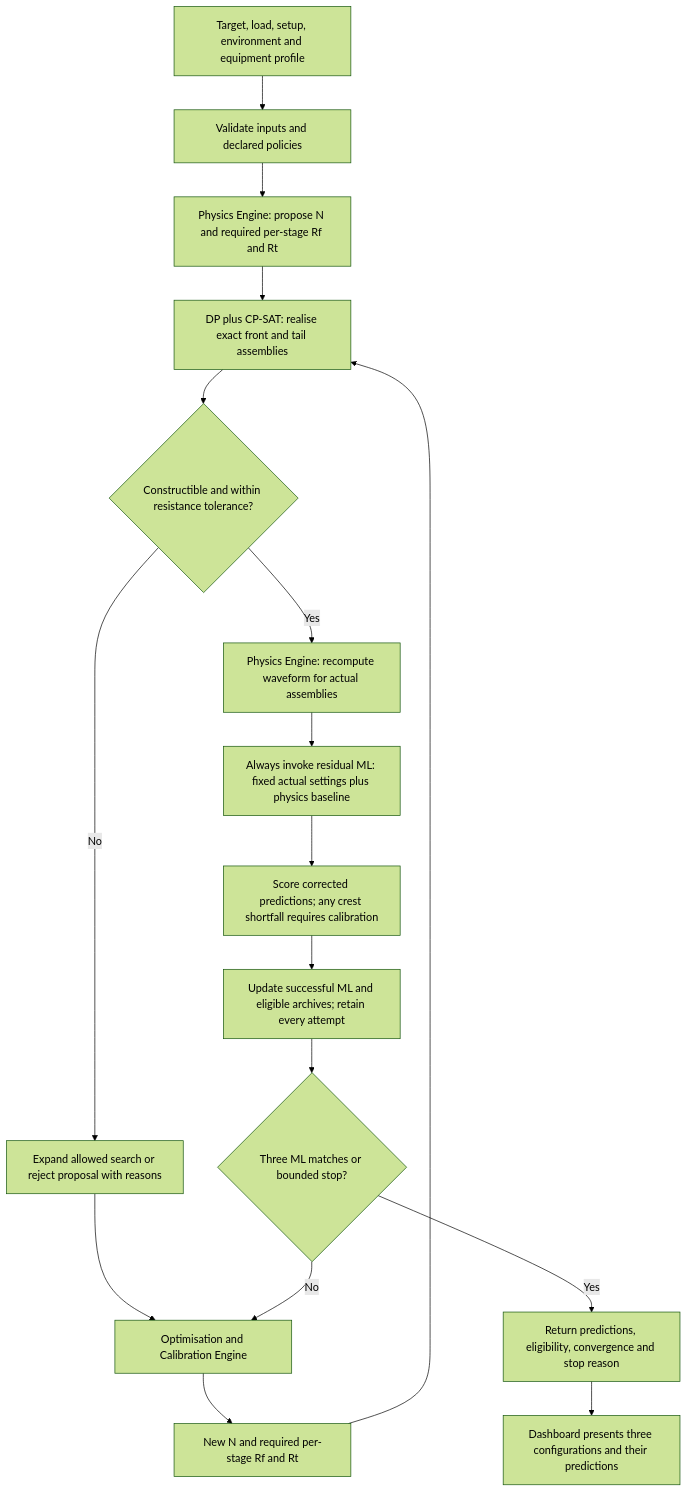
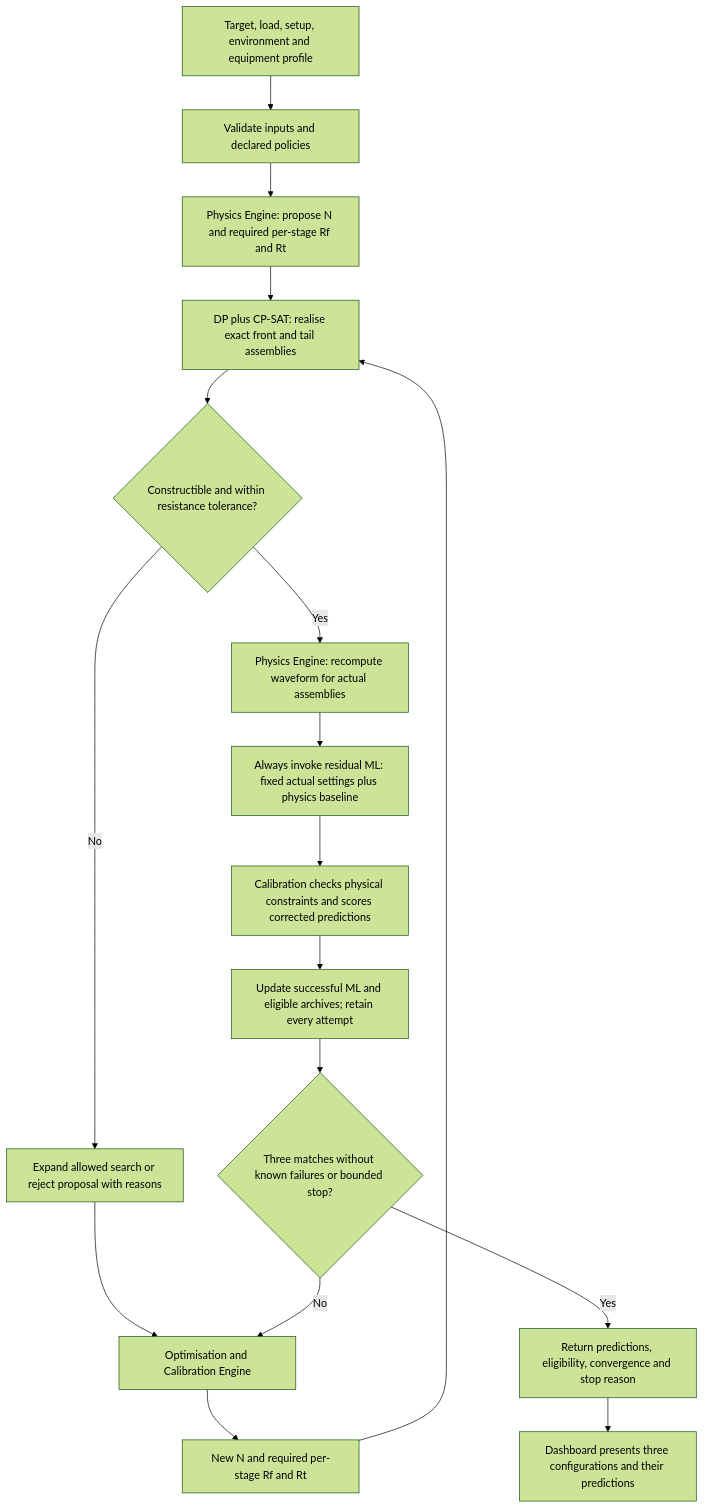
Before and after one commit to Faizaan-Nasir/ImpulseForge: the second of 6 diagrams in docs/Marx_Generator_Architecture_Working_Document.md, drawn with Mermaid (forest theme). The commit also changed other lines of this file and 19 other files, not shown here.

````diff
--- a/docs/Marx_Generator_Architecture_Working_Document.md
+++ b/docs/Marx_Generator_Architecture_Working_Document.md
@@ -247,19 +247,19 @@
 ```mermaid
 flowchart TB
     A[Target, load, setup, environment and equipment profile] --> B[Validate inputs and declared policies]
     B --> C[Physics Engine: propose N and required per-stage Rf and Rt]
     C --> D[DP plus CP-SAT: realise exact front and tail assemblies]
     D --> E{Constructible and within resistance tolerance?}
     E -->|Yes| F[Physics Engine: recompute waveform for actual assemblies]
     E -->|No| G[Expand allowed search or reject proposal with reasons]
     G --> O[Optimisation and Calibration Engine]
     F --> H[Always invoke residual ML: fixed actual settings plus physics baseline]
-    H --> I[Score corrected predictions; any crest shortfall requires calibration]
+    H --> I[Calibration checks physical constraints and scores corrected predictions]
     I --> J[Update successful ML and eligible archives; retain every attempt]
-    J --> K{Three ML matches or bounded stop?}
+    J --> K{Three matches without known failures or bounded stop?}
     K -->|No| O
     O --> L[New N and required per-stage Rf and Rt]
     L --> D
     K -->|Yes| M[Return predictions, eligibility, convergence and stop reason]
     M --> N[Dashboard presents three configurations and their predictions]
 ```
````
